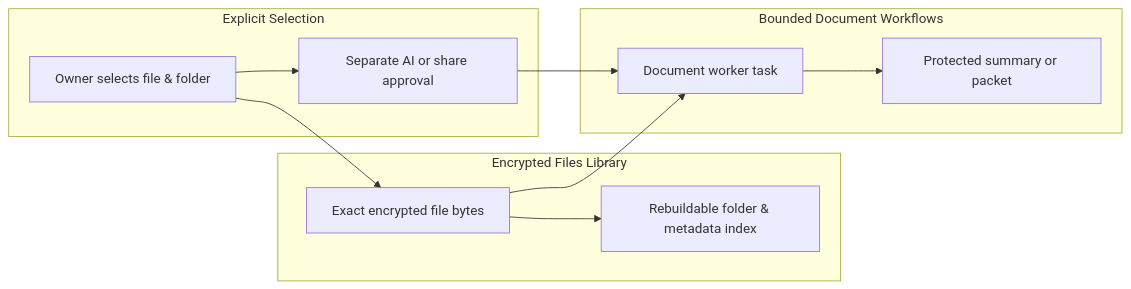
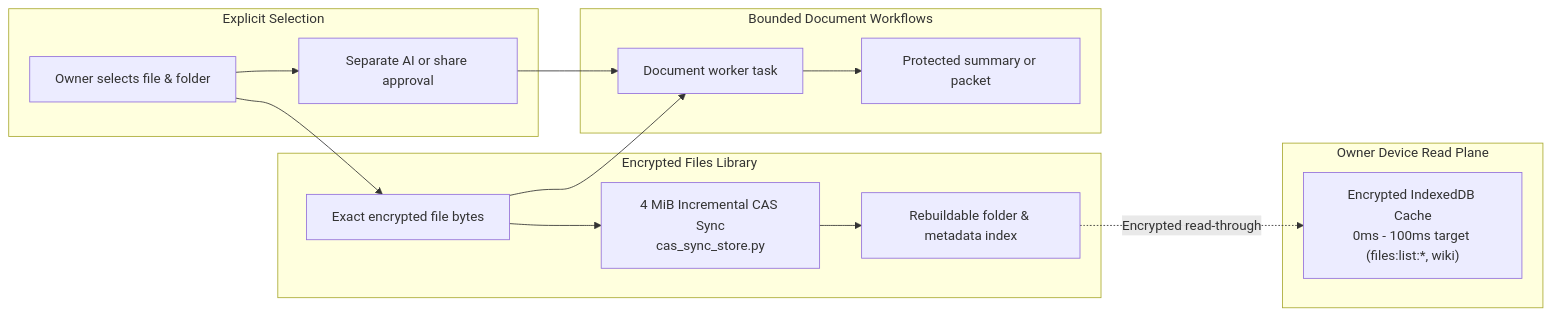
One commit to hushh-labs/hushh-research changed the diagram in docs/architecture/modules/files.md. Above: the diagram before and after it, drawn with Mermaid. The commit also changed other lines of this file and 103 other files, not shown here.

````diff
--- a/docs/architecture/modules/files.md
+++ b/docs/architecture/modules/files.md
@@ -10,24 +10,31 @@
 ```mermaid
 flowchart LR
   subgraph OwnerAction["Explicit Selection"]
     owner["Owner selects file & folder"]
     consent["Separate AI or share approval"]
   end
 
   subgraph Custody["Encrypted Files Library"]
     chunks["Exact encrypted file bytes"]
+    cas["4 MiB Incremental CAS Sync<br/>cas_sync_store.py"]
     index["Rebuildable folder & metadata index"]
+  end
+
+  subgraph ReadPlane["Owner Device Read Plane"]
+    idb["Encrypted IndexedDB Cache<br/>0ms - 100ms target (files:list:*, wiki)"]
   end
 
   subgraph Processing["Bounded Document Workflows"]
     worker["Document worker task"]
     result["Protected summary or packet"]
   end
 
   owner --> chunks
-  chunks --> index
+  chunks --> cas
+  cas --> index
+  index -.->|Encrypted read-through| idb
   owner --> consent
   consent --> worker
   chunks --> worker
   worker --> result
 ```
````
